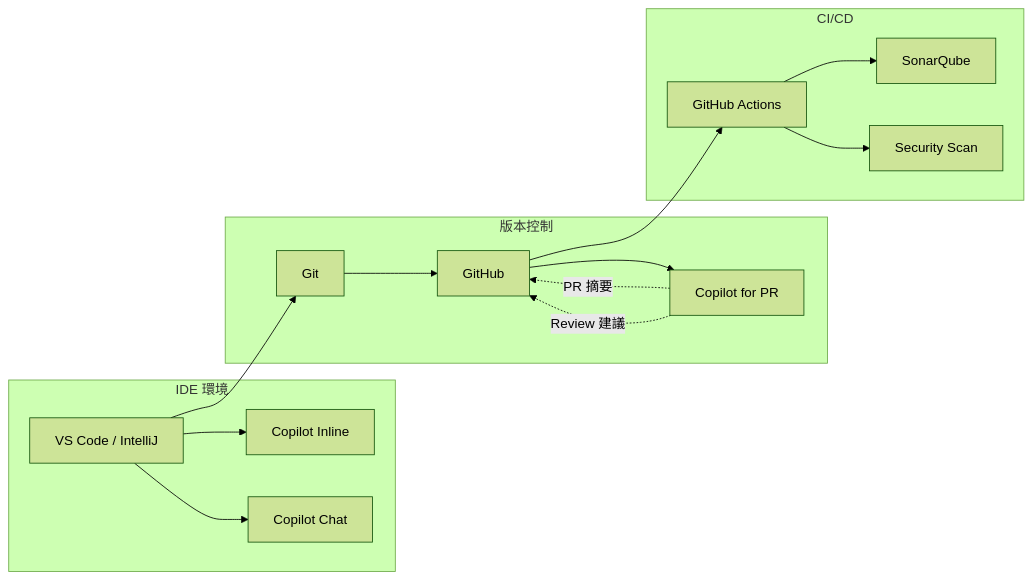
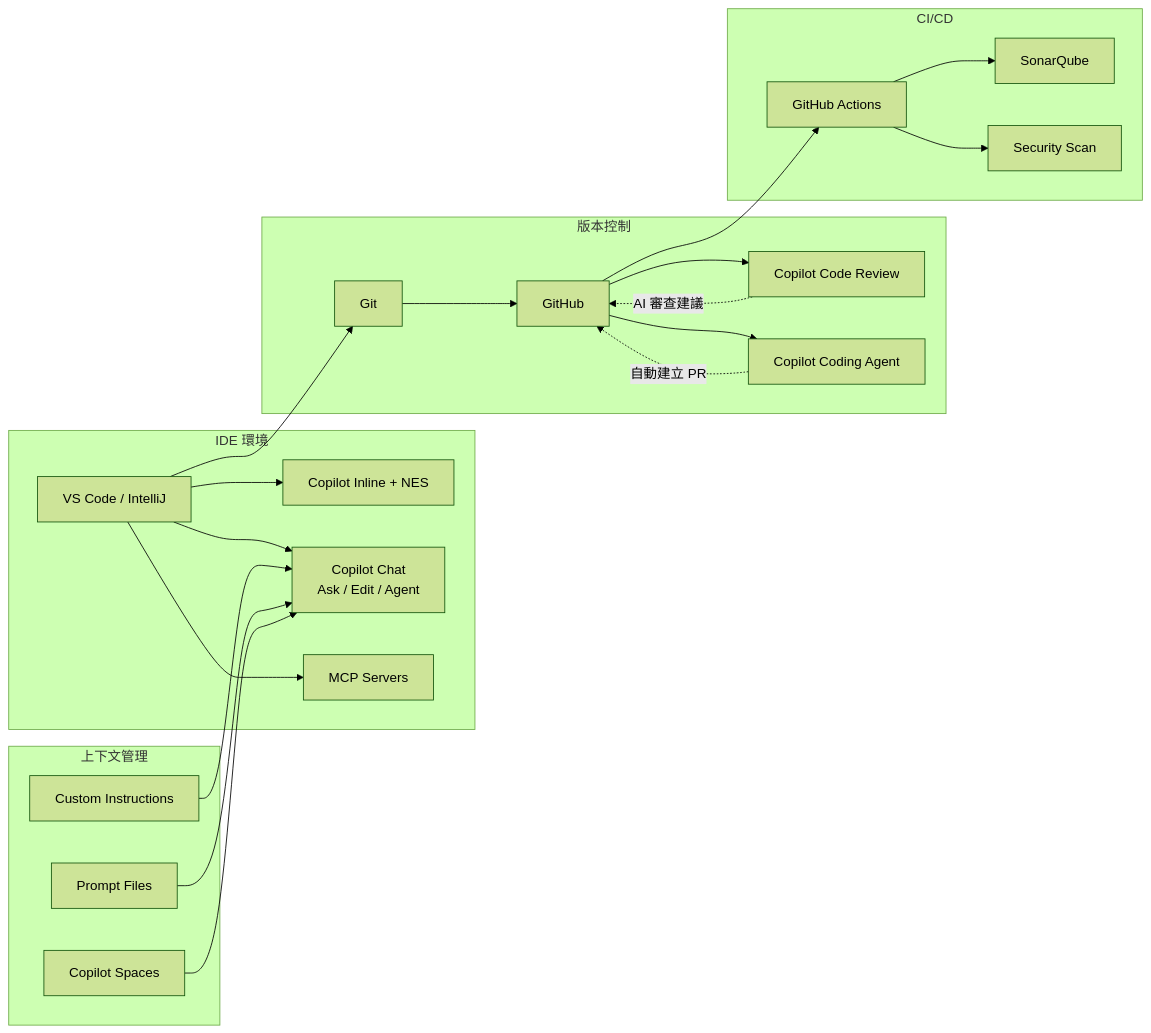
Before and after one commit to chihhung/Blog: the fifth of 20 diagrams in content/posts/教學/AI開發/github copilot生態圈教學手冊.md, drawn with Mermaid (forest theme). The commit also changed other lines of this file and 2 other files, not shown here.

````diff
--- a/content/posts/教學/AI開發/github copilot生態圈教學手冊.md
+++ b/content/posts/教學/AI開發/github copilot生態圈教學手冊.md
@@ -475,32 +541,46 @@
 ```mermaid
 flowchart LR
     subgraph "IDE 環境"
         A[VS Code / IntelliJ]
-        B[Copilot Inline]
-        C[Copilot Chat]
+        B[Copilot Inline + NES]
+        C[Copilot Chat<br/>Ask / Edit / Agent]
+        M[MCP Servers]
     end
     
     subgraph "版本控制"
         D[Git]
         E[GitHub]
-        F[Copilot for PR]
+        F[Copilot Code Review]
+        N[Copilot Coding Agent]
     end
     
     subgraph "CI/CD"
         G[GitHub Actions]
         H[SonarQube]
         I[Security Scan]
     end
     
+    subgraph "上下文管理"
+        O[Custom Instructions]
+        P[Prompt Files]
+        Q[Copilot Spaces]
+    end
+    
     A --> B
     A --> C
+    A --> M
     A --> D
     D --> E
     E --> F
+    E --> N
     E --> G
     G --> H
     G --> I
     
-    F -.->|PR 摘要| E
-    F -.->|Review 建議| E
+    O --> C
+    P --> C
+    Q --> C
+    
+    F -.->|AI 審查建議| E
+    N -.->|自動建立 PR| E
 ```
````
